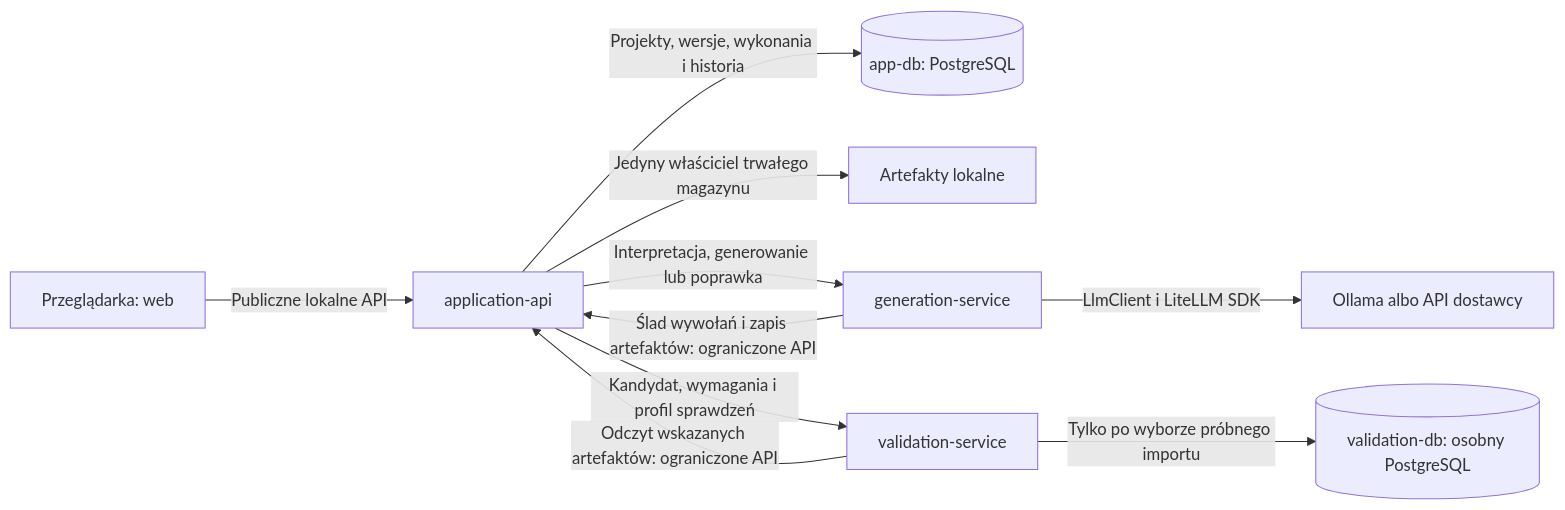
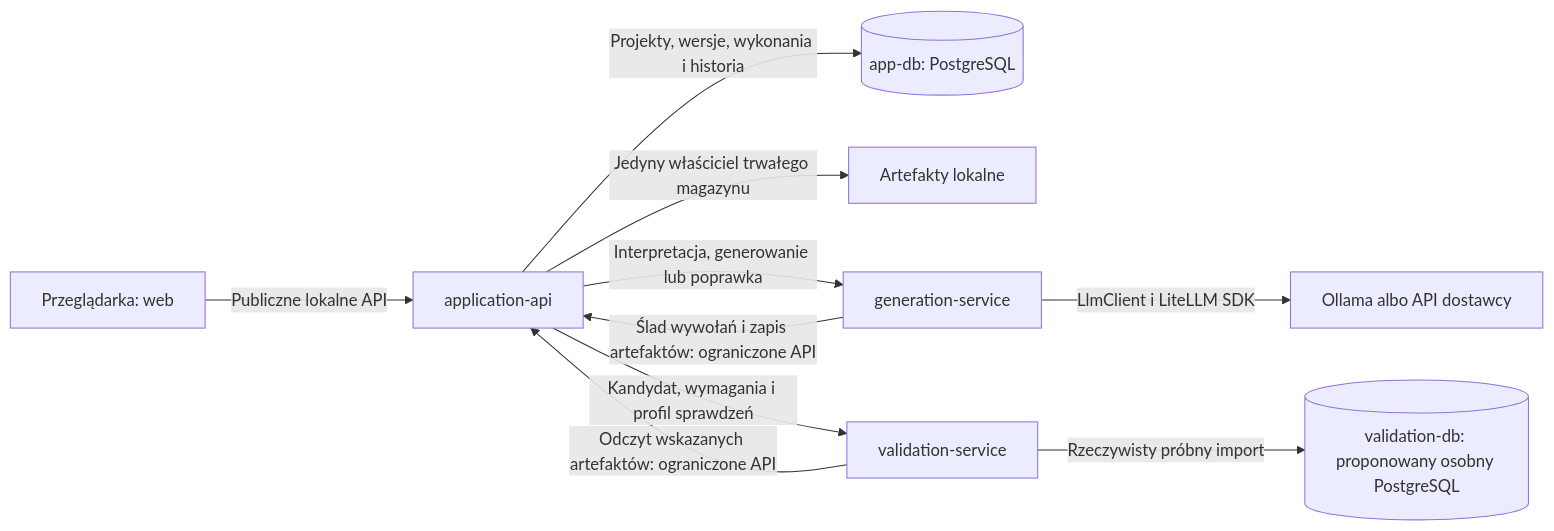
Before and after one commit to jwieczor03/mgr-llm-data-generator: the diagram in docs/serwisy_i_technologie.md, drawn with Mermaid. The commit also changed other lines of this file and 12 other files, not shown here.

Commit message:
docs: add low-level architecture and confirm validation workflow

````diff
--- a/docs/serwisy_i_technologie.md
+++ b/docs/serwisy_i_technologie.md
@@ -26,12 +28,12 @@
 ```mermaid
 flowchart LR
     U["Przeglądarka: web"] -->|"Publiczne lokalne API"| A["application-api"]
     A -->|"Projekty, wersje, wykonania i historia"| D[("app-db: PostgreSQL")]
     A -->|"Jedyny właściciel trwałego magazynu"| F["Artefakty lokalne"]
     A -->|"Interpretacja, generowanie lub poprawka"| G["generation-service"]
     G -->|"Ślad wywołań i zapis artefaktów: ograniczone API"| A
     G -->|"LlmClient i LiteLLM SDK"| M["Ollama albo API dostawcy"]
     A -->|"Kandydat, wymagania i profil sprawdzeń"| V["validation-service"]
     V -->|"Odczyt wskazanych artefaktów: ograniczone API"| A
-    V -->|"Tylko po wyborze próbnego importu"| S[("validation-db: osobny PostgreSQL")]
+    V -->|"Rzeczywisty próbny import"| S[("validation-db: proponowany osobny PostgreSQL")]
 ```
````
